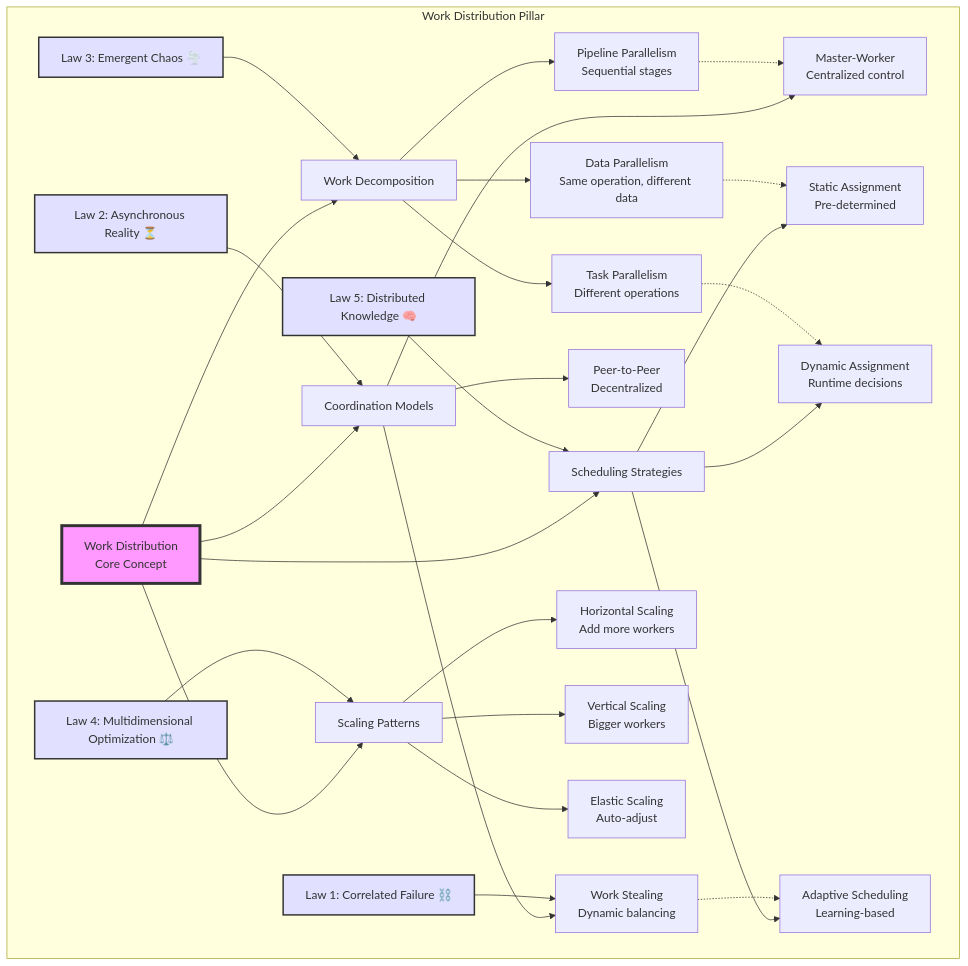
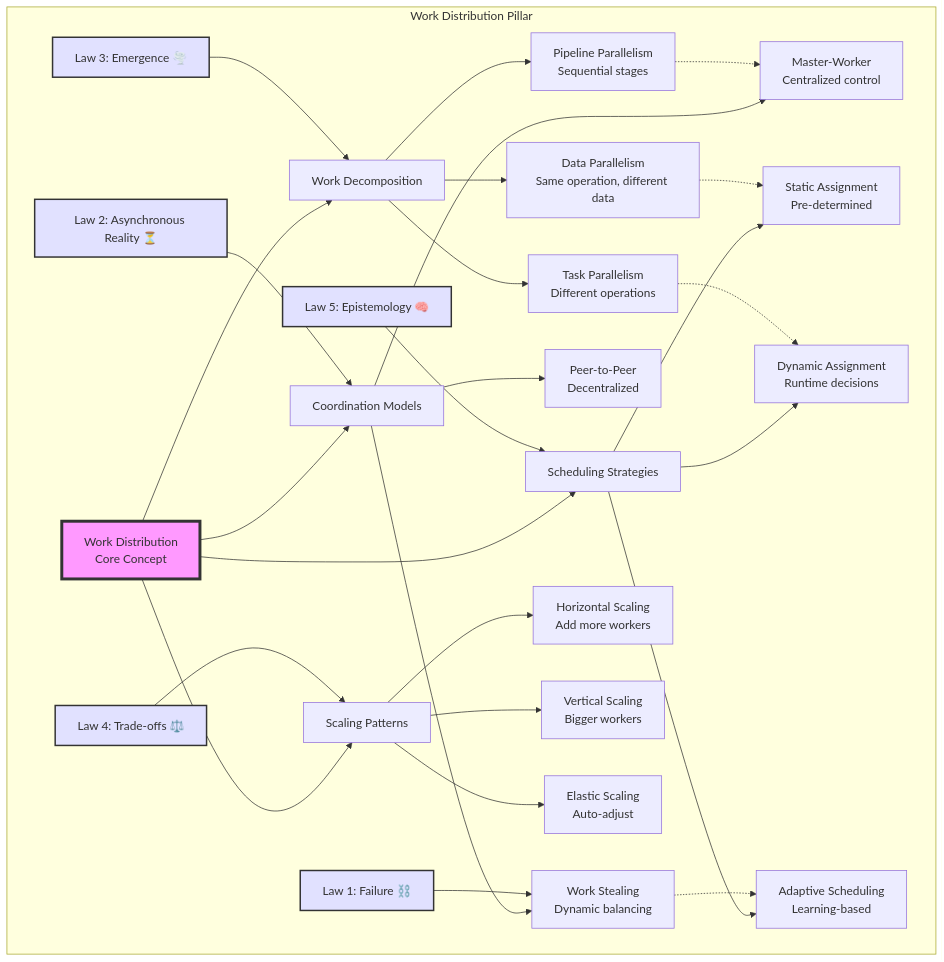
One commit to deepaucksharma/DStudio changed the first of 23 diagrams in docs/part2-pillars/work/index.md. Above: the diagram before and after it, drawn with Mermaid. The commit also changed other lines of this file and 470 other files, not shown here.

````diff
--- a/docs/part2-pillars/work/index.md
+++ b/docs/part2-pillars/work/index.md
@@ -97,51 +97,51 @@
 ```mermaid
 graph TB
     subgraph "Work Distribution Pillar"
         Core[Work Distribution<br/>Core Concept]
 
         Core --> Decomp[Work Decomposition]
         Core --> Coord[Coordination Models]
         Core --> Sched[Scheduling Strategies]
         Core --> Scale[Scaling Patterns]
 
         %% Decomposition branch
         Decomp --> DataPar[Data Parallelism<br/>Same operation, different data]
         Decomp --> TaskPar[Task Parallelism<br/>Different operations]
         Decomp --> Pipeline[Pipeline Parallelism<br/>Sequential stages]
 
         %% Coordination branch
         Coord --> MasterWorker[Master-Worker<br/>Centralized control]
         Coord --> P2P[Peer-to-Peer<br/>Decentralized]
         Coord --> WorkSteal[Work Stealing<br/>Dynamic balancing]
 
         %% Scheduling branch
         Sched --> Static[Static Assignment<br/>Pre-determined]
         Sched --> Dynamic[Dynamic Assignment<br/>Runtime decisions]
         Sched --> Adaptive[Adaptive Scheduling<br/>Learning-based]
 
         %% Scaling branch
         Scale --> Horizontal[Horizontal Scaling<br/>Add more workers]
         Scale --> Vertical[Vertical Scaling<br/>Bigger workers]
         Scale --> Elastic[Elastic Scaling<br/>Auto-adjust]
 
         %% Key relationships
         DataPar -.-> Static
         TaskPar -.-> Dynamic
         Pipeline -.-> MasterWorker
         WorkSteal -.-> Adaptive
 
         %% Law connections
         Law2[Law 2: Asynchronous Reality ⏳] --> Coord
-        Law4[Law 4: Multidimensional Optimization ⚖️] --> Scale
-        Law1[Law 1: Correlated Failure ⛓️] --> WorkSteal
-        Law3[Law 3: Emergent Chaos 🌪️] --> Decomp
-        Law5[Law 5: Distributed Knowledge 🧠] --> Sched
+        Law4[Law 4: Trade-offs ⚖️] --> Scale
+        Law1[Law 1: Failure ⛓️] --> WorkSteal
+        Law3[Law 3: Emergence 🌪️] --> Decomp
+        Law5[Law 5: Epistemology 🧠] --> Sched
     end
 
     style Core fill:#f9f,stroke:#333,stroke-width:4px
     style Law2 fill:#e1e1ff,stroke:#333,stroke-width:2px
     style Law4 fill:#e1e1ff,stroke:#333,stroke-width:2px
     style Law1 fill:#e1e1ff,stroke:#333,stroke-width:2px
     style Law3 fill:#e1e1ff,stroke:#333,stroke-width:2px
     style Law5 fill:#e1e1ff,stroke:#333,stroke-width:2px
 ```
````
